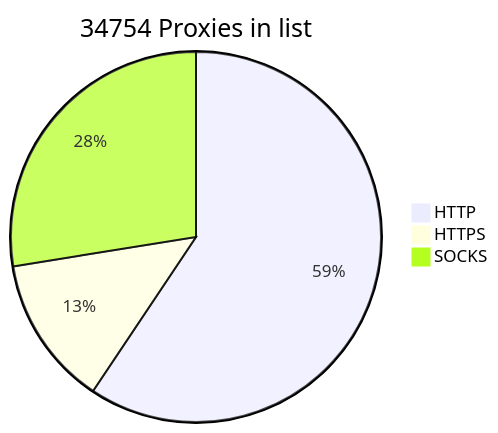
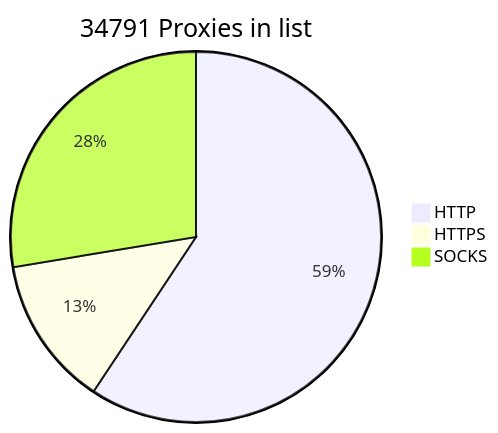
The diagram in README.md (BlackSnowDot/proxylist-update-every-minute), drawn with Mermaid before and after one commit.

````diff
--- a/README.md
+++ b/README.md
@@ -2,6 +2,6 @@
 ```mermaid
-pie title 34754 Proxies in list
-    "HTTP" : 22892
-    "HTTPS": 5043
-    "SOCKS" : 10619
+pie title 34791 Proxies in list
+    "HTTP" : 22891
+    "HTTPS": 5045
+    "SOCKS" : 10655
 ```
````
